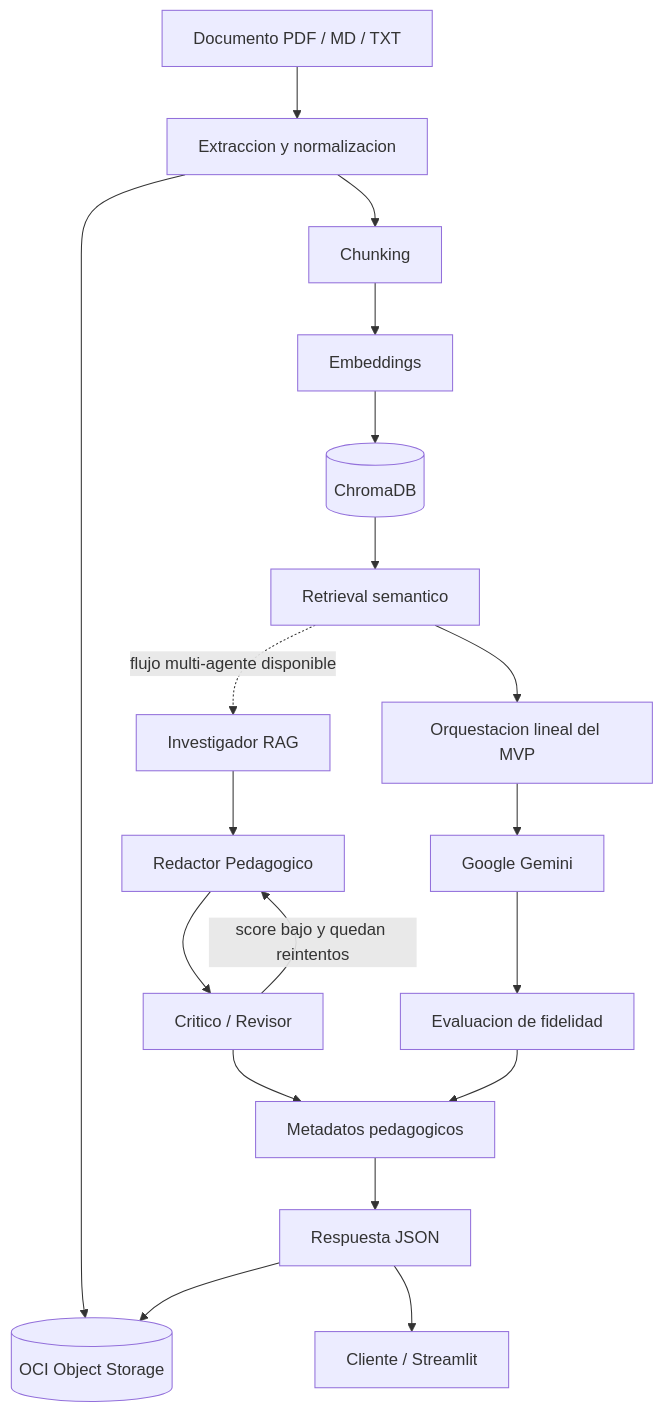
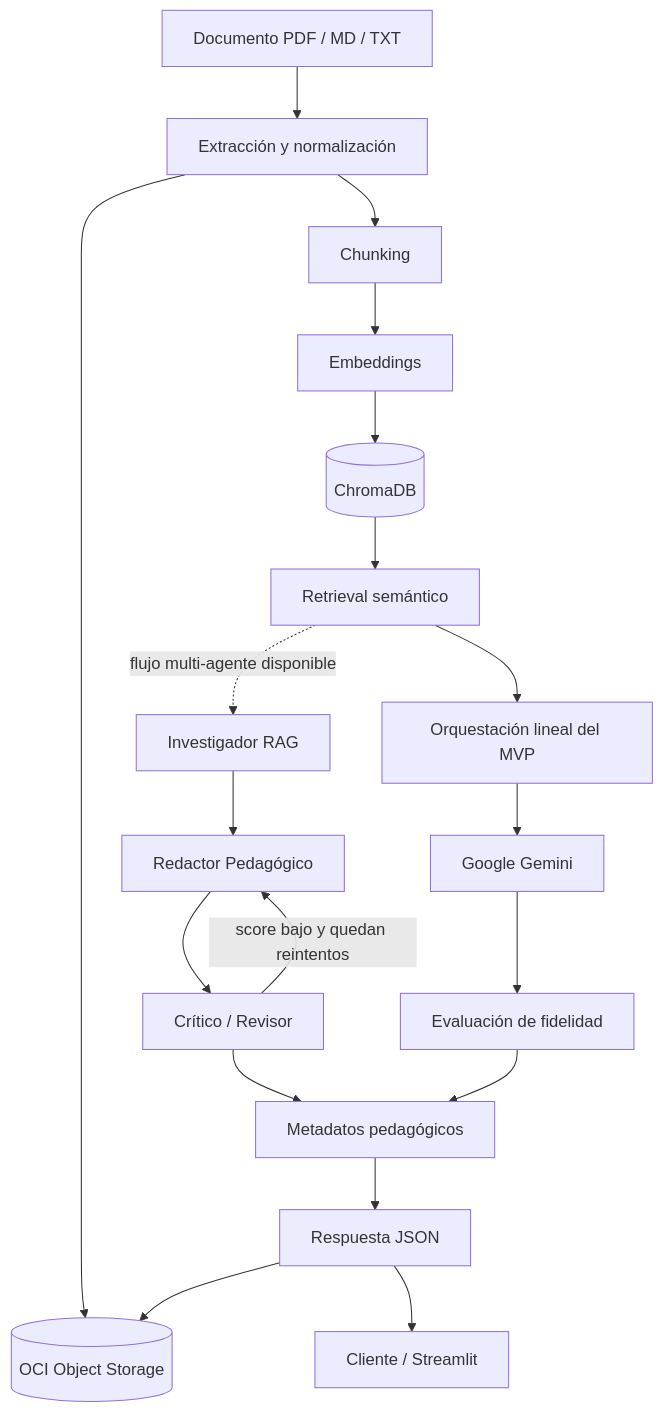
One commit to No-Country-simulation/nuevamente-g10-latam-equipo21 changed the diagram in README.md. Above: the diagram before and after it, drawn with Mermaid. The commit also changed other lines of this file and 1 other file, not shown here.

````diff
--- a/README.md
+++ b/README.md
@@ -28,21 +28,21 @@
 ```mermaid
 flowchart TD
-    A[Documento PDF / MD / TXT] --> B[Extraccion y normalizacion]
+    A[Documento PDF / MD / TXT] --> B[Extracción y normalización]
     B --> C[Chunking]
     C --> D[Embeddings]
     D --> E[(ChromaDB)]
-    E --> F[Retrieval semantico]
-    F --> G[Orquestacion lineal del MVP]
+    E --> F[Retrieval semántico]
+    F --> G[Orquestación lineal del MVP]
     G --> H[Google Gemini]
-    H --> I[Evaluacion de fidelidad]
+    H --> I[Evaluación de fidelidad]
     F -. flujo multi-agente disponible .-> N1[Investigador RAG]
-    N1 --> N2[Redactor Pedagogico]
-    N2 --> N3[Critico / Revisor]
+    N1 --> N2[Redactor Pedagógico]
+    N2 --> N3[Crítico / Revisor]
     N3 -- score bajo y quedan reintentos --> N2
     N3 --> J
-    I --> J[Metadatos pedagogicos]
+    I --> J[Metadatos pedagógicos]
     J --> K[Respuesta JSON]
     B --> L[(OCI Object Storage)]
     K --> L
     K --> M[Cliente / Streamlit]
 ```
````
